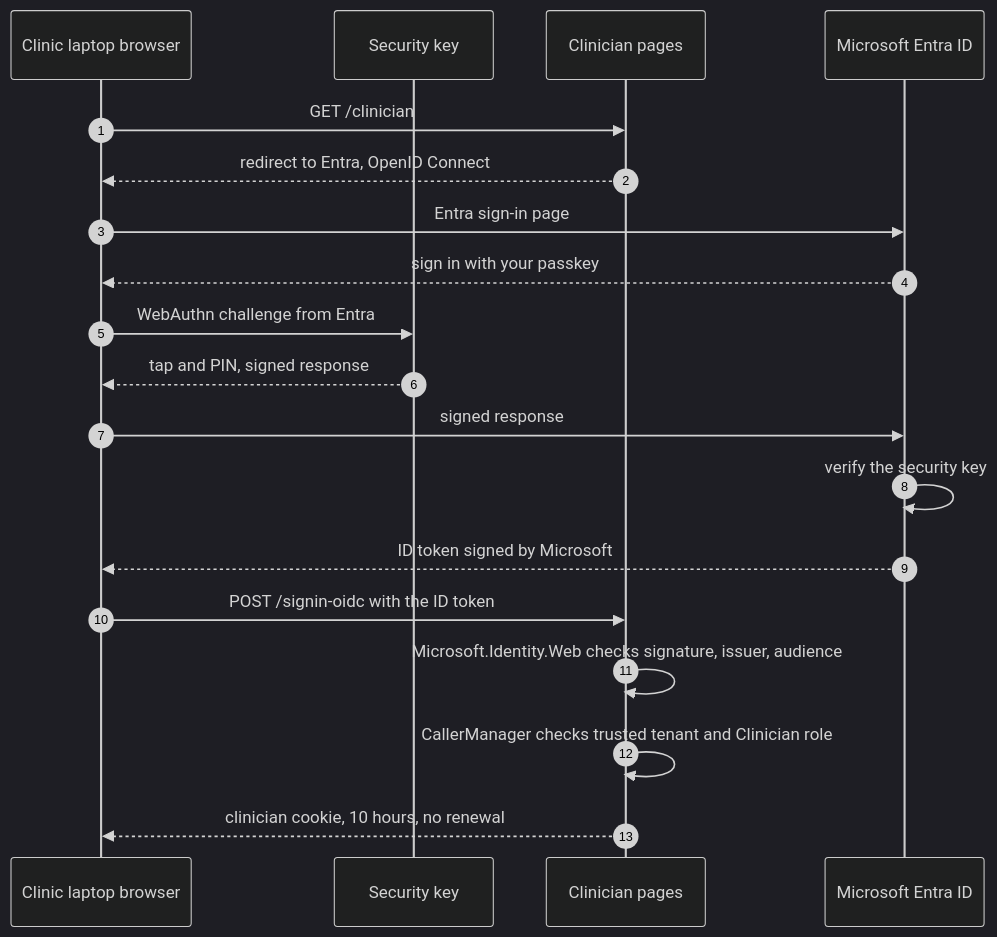
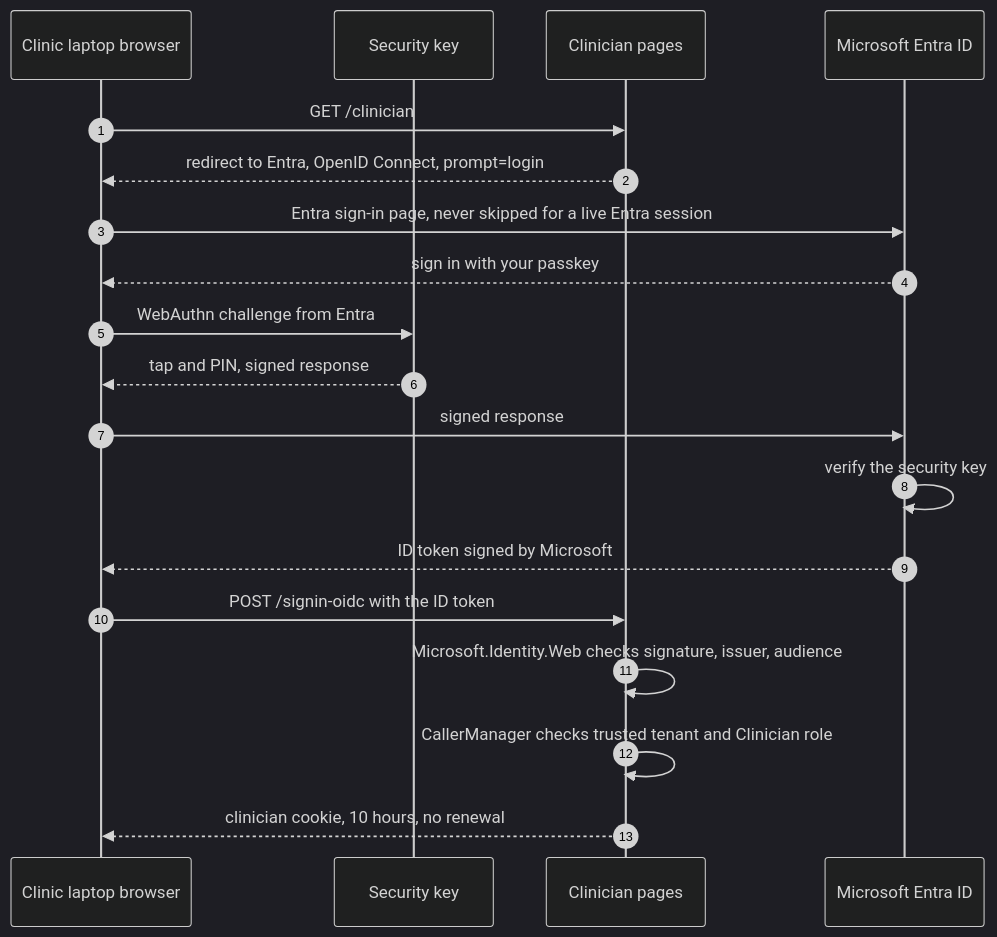
Before and after one commit to ParkerHitch/EZEHR: the fifth of 11 diagrams in docs/auth-flows.md, drawn with Mermaid (dark theme). The commit also changed other lines of this file and 42 other files, not shown here.

````diff
--- a/docs/auth-flows.md
+++ b/docs/auth-flows.md
@@ -191,21 +191,21 @@
 ```mermaid
 sequenceDiagram
   autonumber
   participant Br as Clinic laptop browser
   participant Key as Security key
   participant Web as Clinician pages
   participant En as Microsoft Entra ID
   Br->>Web: GET /clinician
-  Web-->>Br: redirect to Entra, OpenID Connect
-  Br->>En: Entra sign-in page
+  Web-->>Br: redirect to Entra, OpenID Connect, prompt=login
+  Br->>En: Entra sign-in page, never skipped for a live Entra session
   En-->>Br: sign in with your passkey
   Br->>Key: WebAuthn challenge from Entra
   Key-->>Br: tap and PIN, signed response
   Br->>En: signed response
   En->>En: verify the security key
   En-->>Br: ID token signed by Microsoft
   Br->>Web: POST /signin-oidc with the ID token
   Web->>Web: Microsoft.Identity.Web checks signature, issuer, audience
   Web->>Web: CallerManager checks trusted tenant and Clinician role
   Web-->>Br: clinician cookie, 10 hours, no renewal
 ```
````
